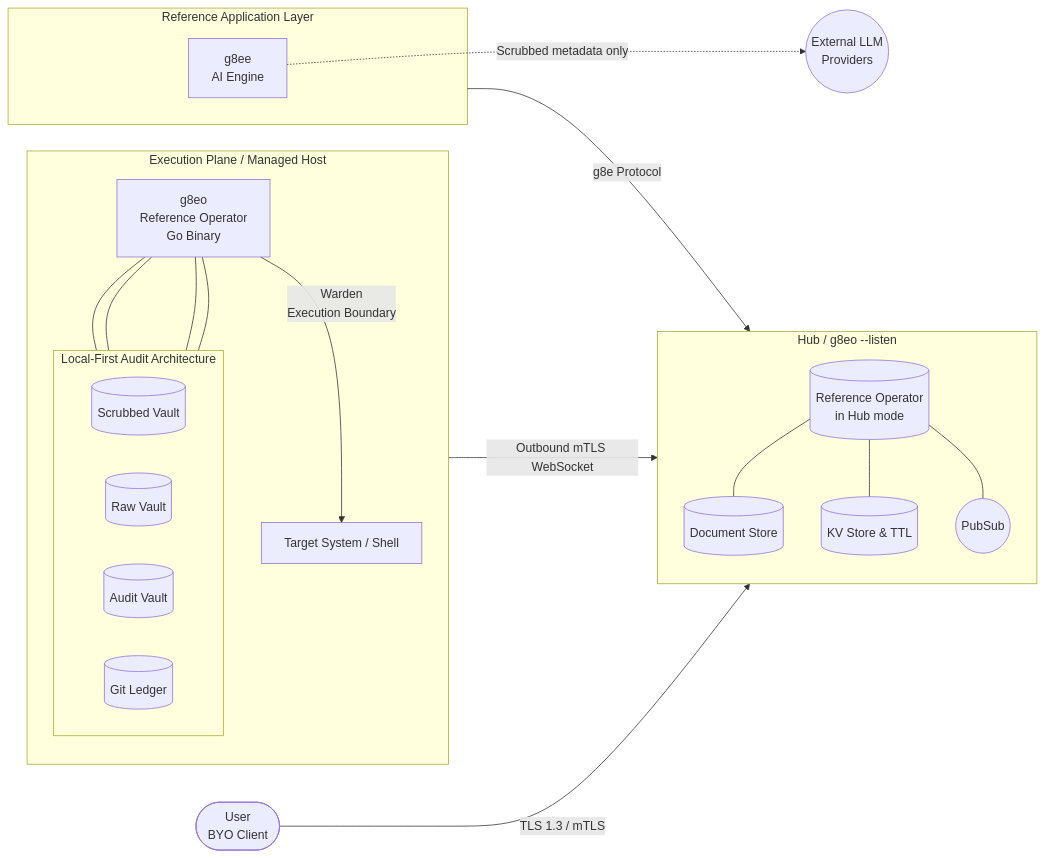
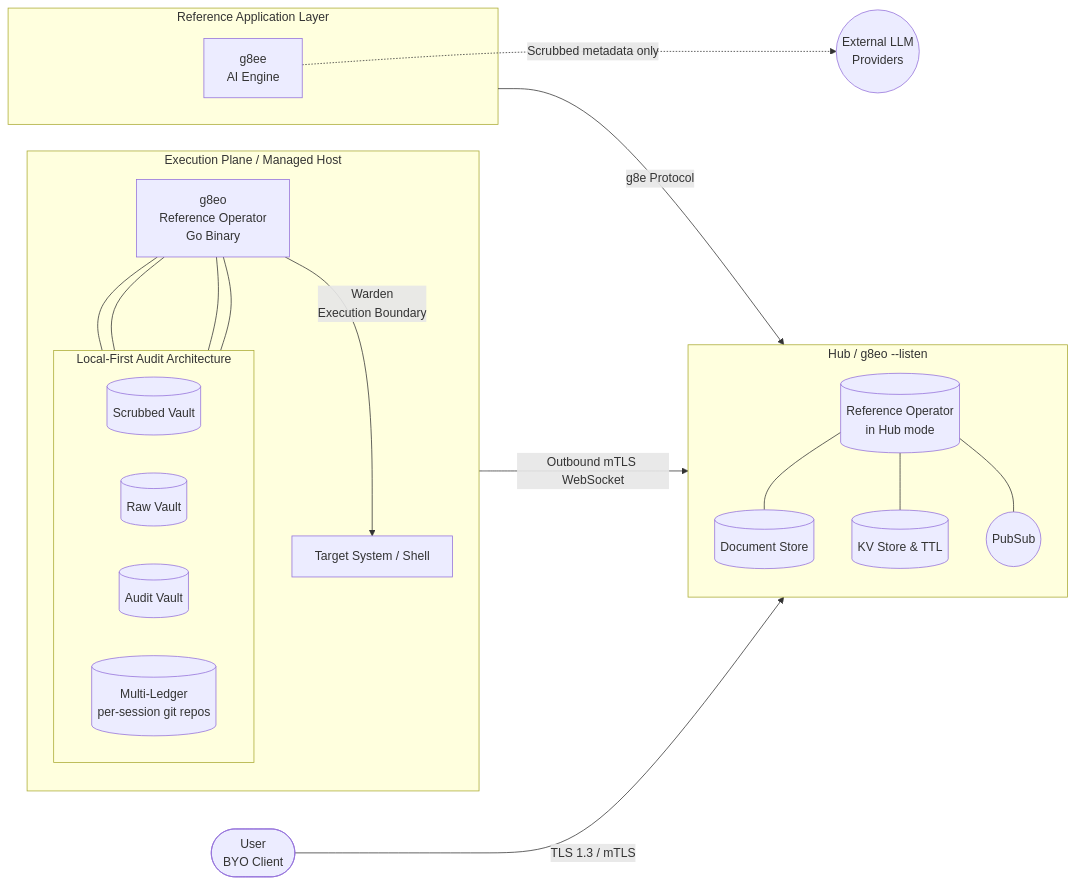
The second of 2 diagrams in README.md (g8e-ai/g8e), drawn with Mermaid before and after one commit. The commit also changed other lines of this file and 20 other files, not shown here.

First line of the commit message:
Multi-Ledger: Session-Isolated Git Audit Ledger

````diff
--- a/README.md
+++ b/README.md
@@ -99,43 +99,43 @@
 ```mermaid
 flowchart LR
     User([User<br>BYO Client])
 
     subgraph Exec_Plane [Execution Plane / Managed Host]
         direction TB
         g8eo[g8eo<br>Reference Operator<br>Go Binary]
 
         HostOS[Target System / Shell]
         g8eo -- "Warden<br>Execution Boundary" --> HostOS
 
         subgraph LFAA [Local-First Audit Architecture]
             direction LR
             Scrubbed[(Scrubbed Vault)]
             Raw[(Raw Vault)]
             Audit[(Audit Vault)]
-            Ledger[(Git Ledger)]
+            Ledger[(Multi-Ledger<br>per-session git repos)]
         end
 
         g8eo --- Scrubbed & Raw & Audit & Ledger
     end
 
     subgraph Hub [Hub / g8eo --listen]
         direction TB
         Listen[(Reference Operator<br>in Hub mode)]
         DS[(Document Store)]
         KS[(KV Store & TTL)]
         PS((PubSub))
 
         Listen --- DS & KS & PS
     end
 
     subgraph Optional_Apps [Reference Application Layer]
         g8ee[g8ee<br>AI Engine]
     end
 
     LLM((External LLM<br>Providers))
 
     User -- "TLS 1.3 / mTLS" --> Listen
     g8eo -- "Outbound mTLS WebSocket" --> Listen
     Optional_Apps -- "g8e Protocol" --> Listen
     g8ee -. "Scrubbed metadata only" .-> LLM
 ```
````
